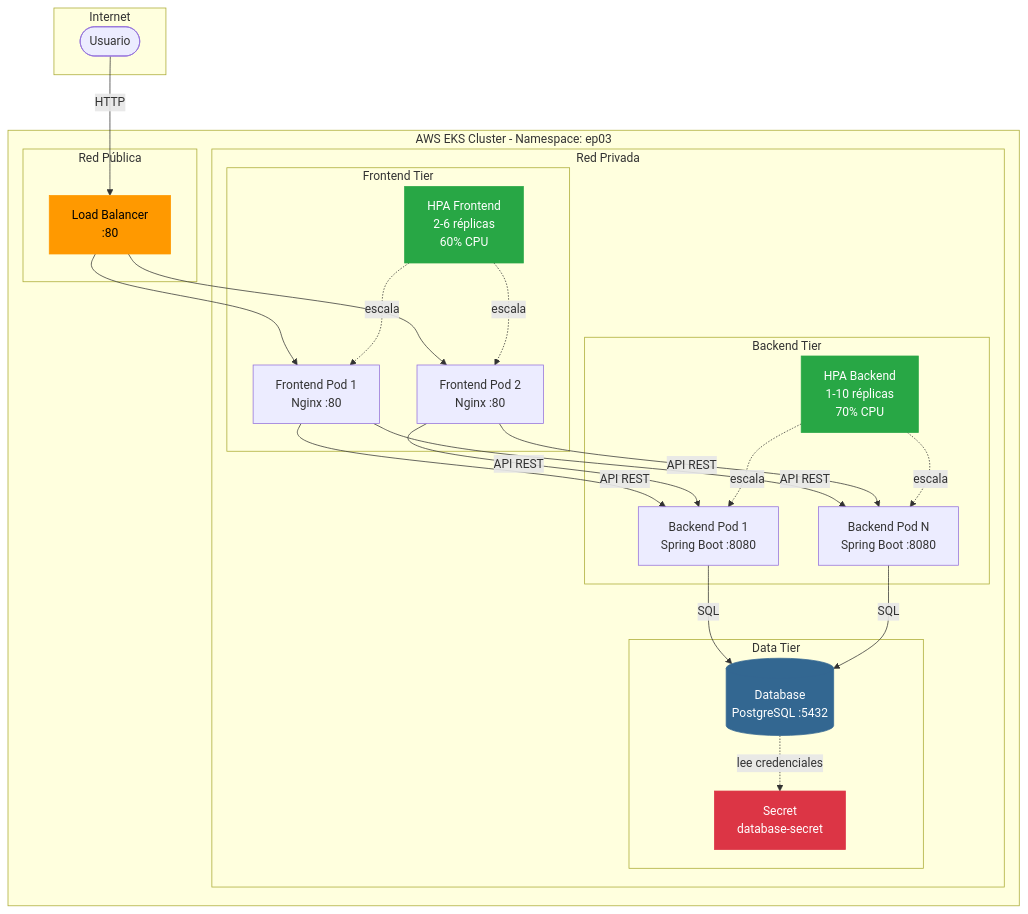
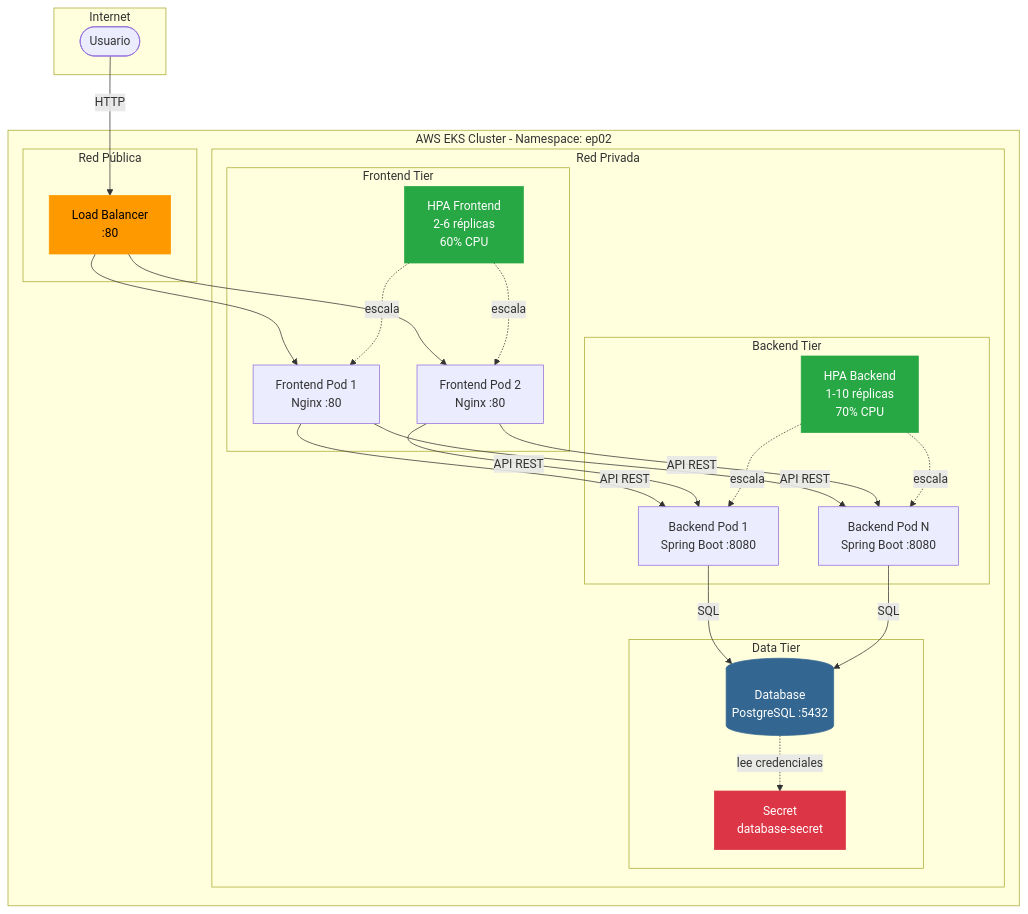
One commit to mauriciovelasquezduoc/202602Devops01 changed the first of 3 diagrams in bloque03-k8s/README.md. Above: the diagram before and after it, drawn with Mermaid. The commit also changed other lines of this file and 82 other files, not shown here.

````diff
--- a/bloque03-k8s/README.md
+++ b/bloque03-k8s/README.md
@@ -103,46 +119,46 @@
 ```mermaid
 graph TB
     subgraph Internet
         User([Usuario])
     end
 
-    subgraph AWS["AWS EKS Cluster - Namespace: ep03"]
+    subgraph AWS["AWS EKS Cluster - Namespace: ep02"]
         subgraph Public["Red Pública"]
             LB[Load Balancer<br/>:80]
         end
 
         subgraph Private["Red Privada"]
             subgraph FrontendTier["Frontend Tier"]
                 FE1[Frontend Pod 1<br/>Nginx :80]
                 FE2[Frontend Pod 2<br/>Nginx :80]
                 HPA_FE[HPA Frontend<br/>2-6 réplicas<br/>60% CPU]
             end
 
             subgraph BackendTier["Backend Tier"]
                 BE1[Backend Pod 1<br/>Spring Boot :8080]
                 BE2[Backend Pod N<br/>Spring Boot :8080]
                 HPA_BE[HPA Backend<br/>1-10 réplicas<br/>70% CPU]
             end
 
             subgraph DataTier["Data Tier"]
                 DB[(Database<br/>PostgreSQL :5432)]
                 Secret[Secret<br/>database-secret]
             end
         end
     end
 
     User -->|HTTP| LB
     LB --> FE1 & FE2
     FE1 & FE2 -->|API REST| BE1 & BE2
     BE1 & BE2 -->|SQL| DB
     DB -.->|lee credenciales| Secret
-    
+  
     HPA_BE -.->|escala| BE1 & BE2
     HPA_FE -.->|escala| FE1 & FE2
 
     style LB fill:#FF9900,stroke:#FF9900,color:#000
     style DB fill:#336791,stroke:#336791,color:#fff
     style Secret fill:#dc3545,stroke:#dc3545,color:#fff
     style HPA_BE fill:#28a745,stroke:#28a745,color:#fff
     style HPA_FE fill:#28a745,stroke:#28a745,color:#fff
 ```
````
